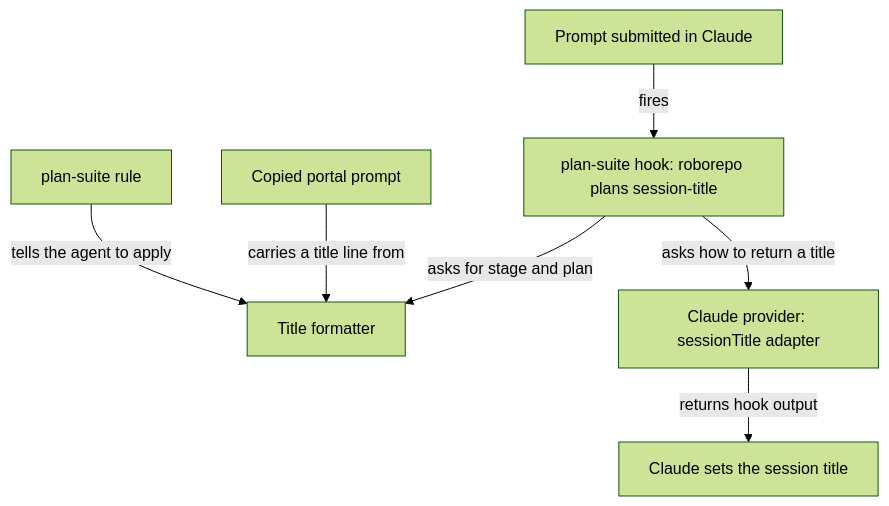
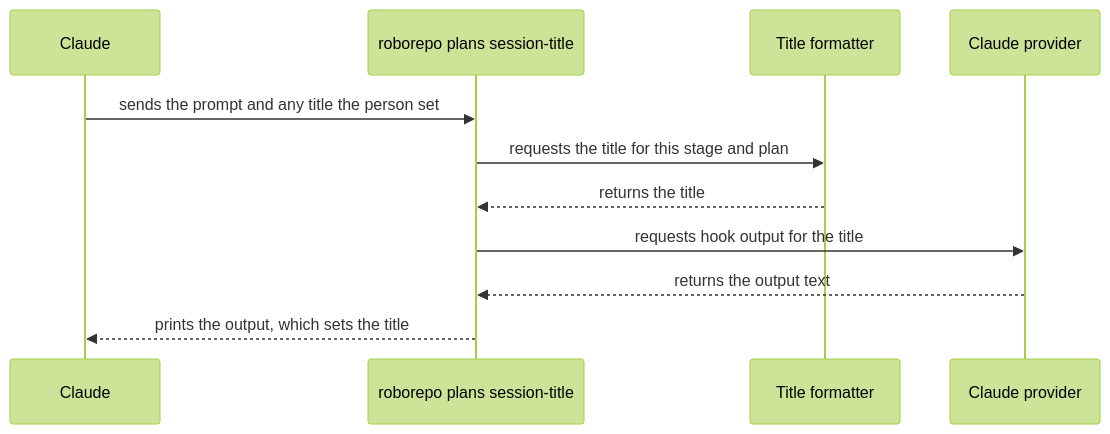
Before and after one commit to kirinmurphy/roborepo-alpha: the diagram in plans/backlog/session-stage-titles.md, drawn with Mermaid (forest theme). The commit also changed other lines of this file, not shown here.

Commit message:
Update plan session-stage-titles

````diff
--- a/plans/backlog/session-stage-titles.md
+++ b/plans/backlog/session-stage-titles.md
@@ -86,9 +120,13 @@
 ```mermaid
-flowchart TD
-  Prompt["Prompt submitted in Claude"] -->|"fires"| Hook["plan-suite hook: roborepo plans session-title"]
-  Hook -->|"asks for stage and plan"| Formatter["Title formatter"]
-  Hook -->|"asks how to return a title"| Provider["Claude provider: sessionTitle adapter"]
-  Provider -->|"returns hook output"| Claude["Claude sets the session title"]
-  Portal["Copied portal prompt"] -->|"carries a title line from"| Formatter
-  Rule["plan-suite rule"] -->|"tells the agent to apply"| Formatter
+sequenceDiagram
+  participant Claude
+  participant Command as roborepo plans session-title
+  participant Formatter as Title formatter
+  participant Provider as Claude provider
+  Claude->>Command: sends the prompt and any title the person set
+  Command->>Formatter: requests the title for this stage and plan
+  Formatter-->>Command: returns the title
+  Command->>Provider: requests hook output for the title
+  Provider-->>Command: returns the output text
+  Command-->>Claude: prints the output, which sets the title
 ```
````
